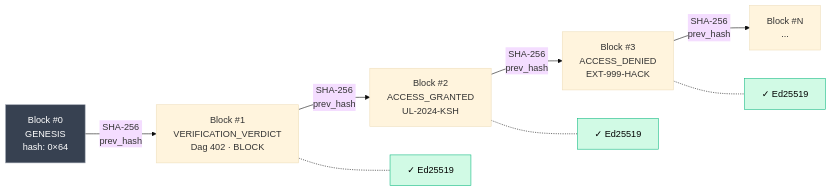
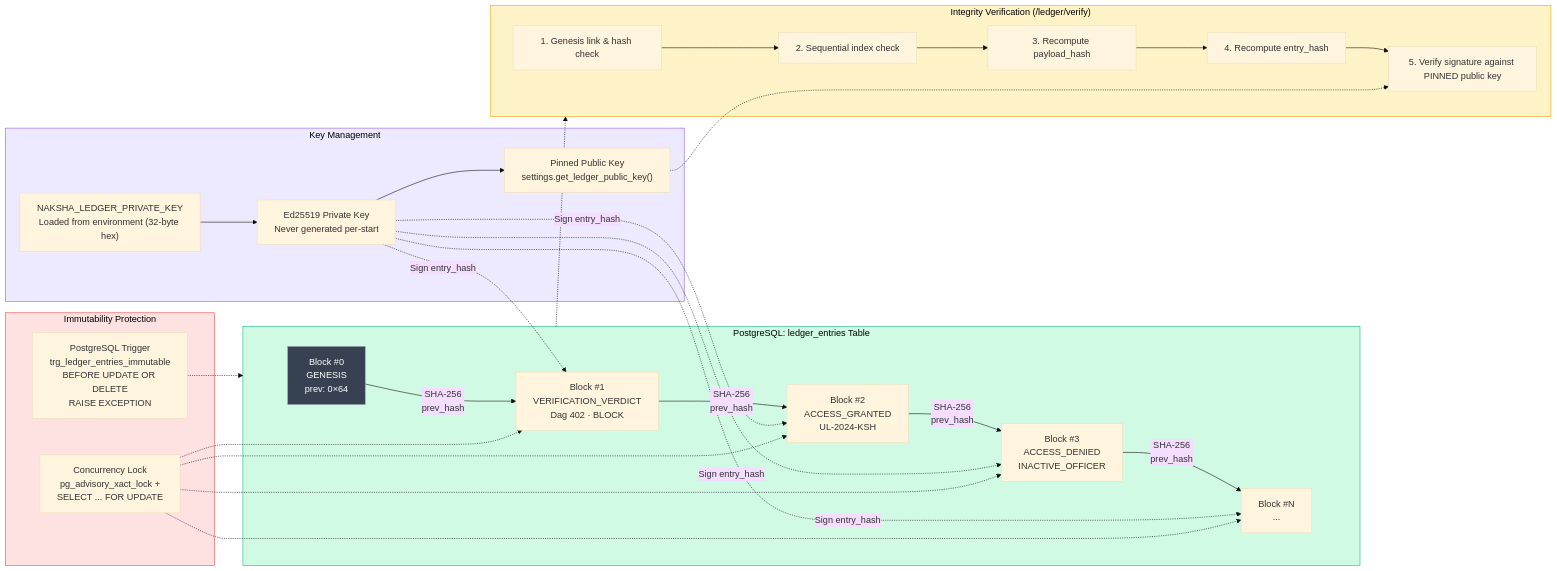
The fifth of 9 diagrams in README.md (Erebo/naksha), drawn with Mermaid (base theme) before and after one commit. The commit also changed other lines of this file, not shown here.

First line of the commit message:
docs: update architecture diagrams, PostGIS ERD, quickstart, and 136-test suite

````diff
--- a/README.md
+++ b/README.md
@@ -258,22 +295,48 @@
 ```mermaid
 flowchart LR
-    G["Block #0<br/>GENESIS<br/>hash: 0×64"]
-    B1["Block #1<br/>VERIFICATION_VERDICT<br/>Dag 402 · BLOCK"]
-    B2["Block #2<br/>ACCESS_GRANTED<br/>UL-2024-KSH"]
-    B3["Block #3<br/>ACCESS_DENIED<br/>EXT-999-HACK"]
-    BN["Block #N<br/>..."]
+    subgraph SIGNING["Key Management"]
+        ENV["NAKSHA_LEDGER_PRIVATE_KEY<br/>Loaded from environment (32-byte hex)"]
+        PRIV["Ed25519 Private Key<br/>Never generated per-start"]
+        PUB["Pinned Public Key<br/>settings.get_ledger_public_key()"]
+        ENV --> PRIV --> PUB
+    end
 
-    G -->|"SHA-256<br/>prev_hash"| B1
-    B1 -->|"SHA-256<br/>prev_hash"| B2
-    B2 -->|"SHA-256<br/>prev_hash"| B3
-    B3 -->|"SHA-256<br/>prev_hash"| BN
+    subgraph PERSIST["PostgreSQL: ledger_entries Table"]
+        G["Block #0<br/>GENESIS<br/>prev: 0×64"]
+        B1["Block #1<br/>VERIFICATION_VERDICT<br/>Dag 402 · BLOCK"]
+        B2["Block #2<br/>ACCESS_GRANTED<br/>UL-2024-KSH"]
+        B3["Block #3<br/>ACCESS_DENIED<br/>INACTIVE_OFFICER"]
+        BN["Block #N<br/>..."]
 
-    B1 -.- S1["✓ Ed25519"]
-    B2 -.- S2["✓ Ed25519"]
-    B3 -.- S3["✓ Ed25519"]
+        G -->|"SHA-256<br/>prev_hash"| B1
+        B1 -->|"SHA-256<br/>prev_hash"| B2
+        B2 -->|"SHA-256<br/>prev_hash"| B3
+        B3 -->|"SHA-256<br/>prev_hash"| BN
+    end
+
+    subgraph TAMPER["Immutability Protection"]
+        LOCK["Concurrency Lock<br/>pg_advisory_xact_lock +<br/>SELECT ... FOR UPDATE"]
+        TRG["PostgreSQL Trigger<br/>trg_ledger_entries_immutable<br/>BEFORE UPDATE OR DELETE<br/>RAISE EXCEPTION"]
+    end
+
+    subgraph VERIFY_INTEGRITY["Integrity Verification (/ledger/verify)"]
+        V1["1. Genesis link & hash check"]
+        V2["2. Sequential index check"]
+        V3["3. Recompute payload_hash"]
+        V4["4. Recompute entry_hash"]
+        V5["5. Verify signature against PINNED public key"]
+        V1 --> V2 --> V3 --> V4 --> V5
+    end
+
+    PRIV -.->|"Sign entry_hash"| B1 & B2 & B3 & BN
+    LOCK -.-> B1 & B2 & B3 & BN
+    TRG -.-> PERSIST
+    PUB -.-> V5
+    PERSIST -.-> VERIFY_INTEGRITY
 
     style G fill:#374151,stroke:#9CA3AF,color:#fff
-    style S1 fill:#D1FAE5,stroke:#10B981,color:#000
-    style S2 fill:#D1FAE5,stroke:#10B981,color:#000
-    style S3 fill:#D1FAE5,stroke:#10B981,color:#000
+    style SIGNING fill:#EDE9FE,stroke:#8B5CF6,color:#000
+    style PERSIST fill:#D1FAE5,stroke:#10B981,color:#000
+    style TAMPER fill:#FEE2E2,stroke:#EF4444,color:#000
+    style VERIFY_INTEGRITY fill:#FEF3C7,stroke:#F59E0B,color:#000
 ```
````
